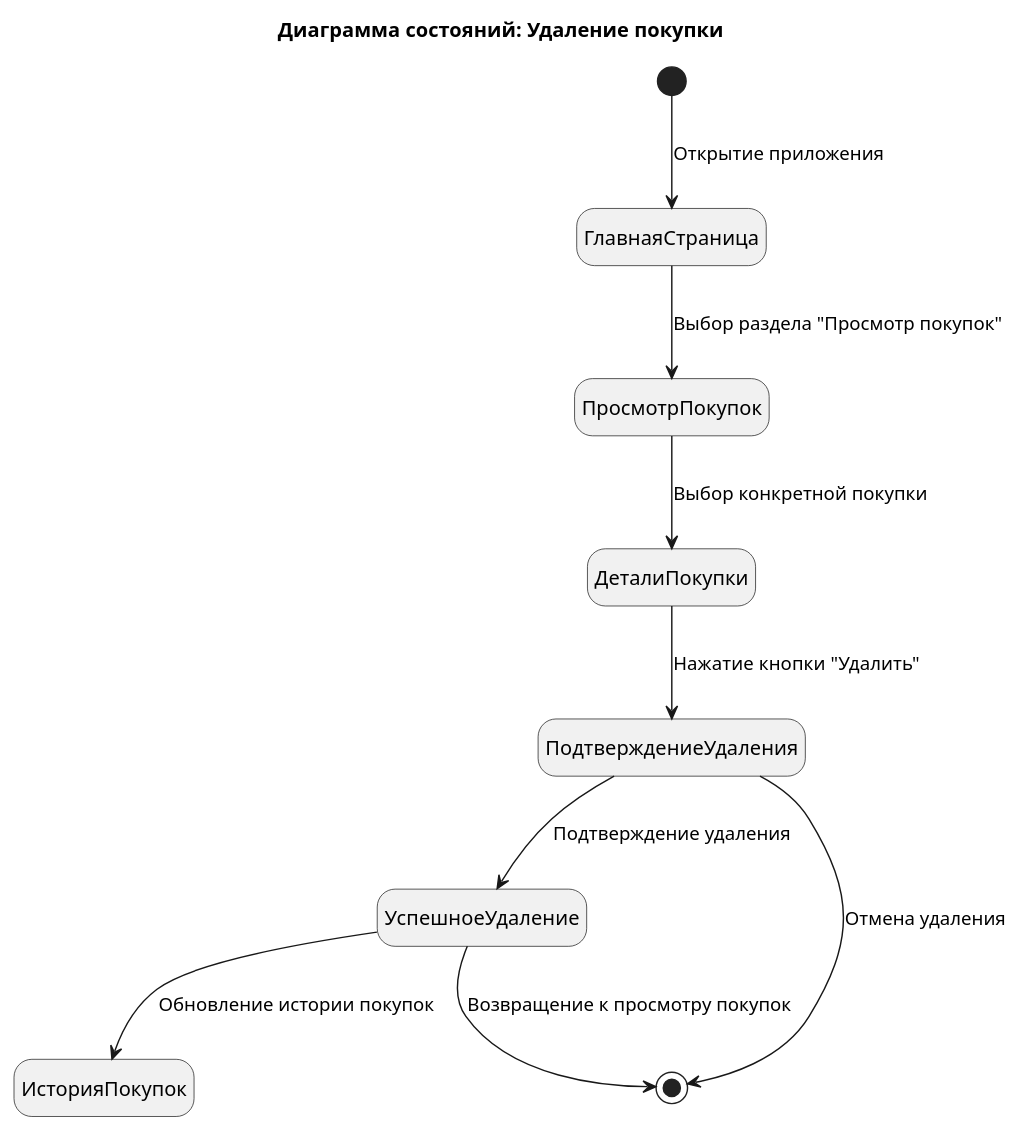
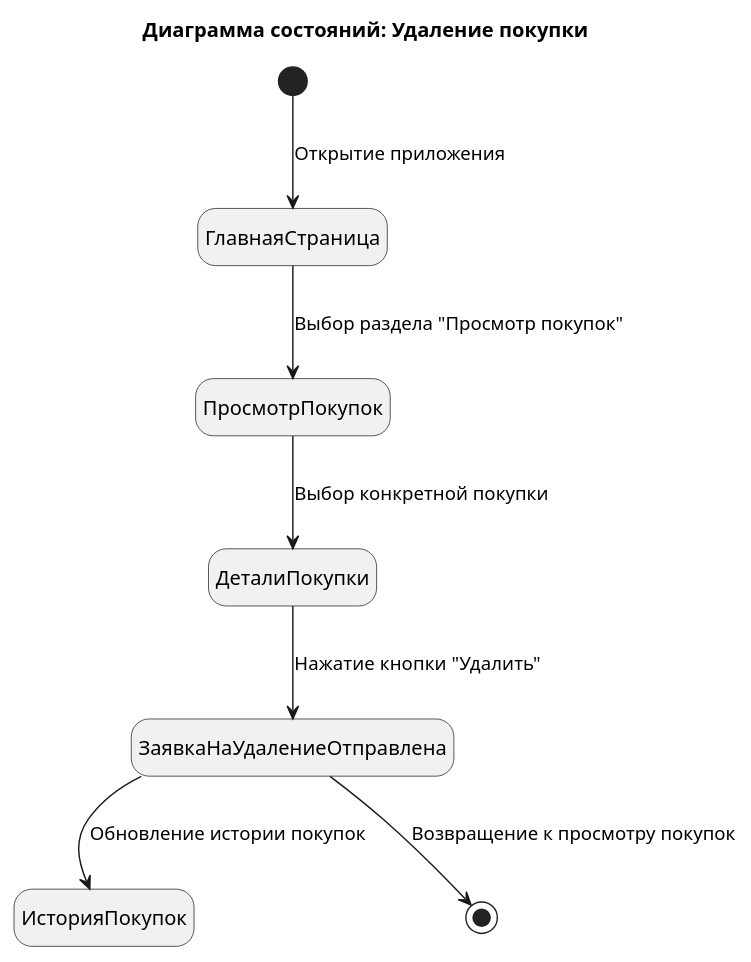
One commit to MyzaArtem/TRPO changed the diagram in 2. Технический проект/state.puml. Above: the diagram before and after it, drawn with PlantUML. The commit also changed 4 other files, not shown here.

```diff
--- a/2. Технический проект/state.puml
+++ b/2. Технический проект/state.puml
@@ -1,18 +1,16 @@
 @startuml Диаграмма состояний
 title Диаграмма состояний: Удаление покупки
 top to bottom direction
 hide empty description
 skinparam nodesep 65
 
 [*] --> ГлавнаяСтраница : Открытие приложения
 
 ГлавнаяСтраница --> ПросмотрПокупок : Выбор раздела "Просмотр покупок"
 ПросмотрПокупок --> ДеталиПокупки : Выбор конкретной покупки
-ДеталиПокупки --> ПодтверждениеУдаления : Нажатие кнопки "Удалить"
-ПодтверждениеУдаления --> УспешноеУдаление : Подтверждение удаления
-ПодтверждениеУдаления --> [*] : Отмена удаления
+ДеталиПокупки --> ЗаявкаНаУдалениеОтправлена : Нажатие кнопки "Удалить"
 
-УспешноеУдаление --> ИсторияПокупок : Обновление истории покупок
-УспешноеУдаление --> [*] : Возвращение к просмотру покупок
+ЗаявкаНаУдалениеОтправлена --> ИсторияПокупок : Обновление истории покупок
+ЗаявкаНаУдалениеОтправлена --> [*] : Возвращение к просмотру покупок
 
 @enduml
```
